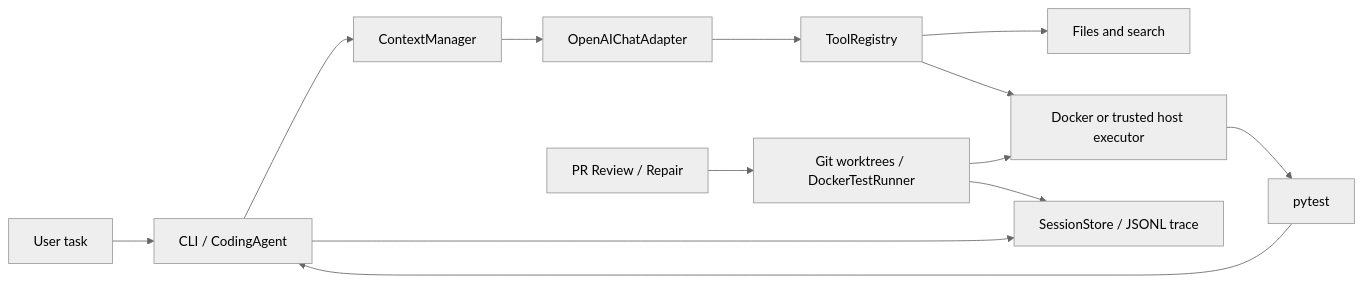
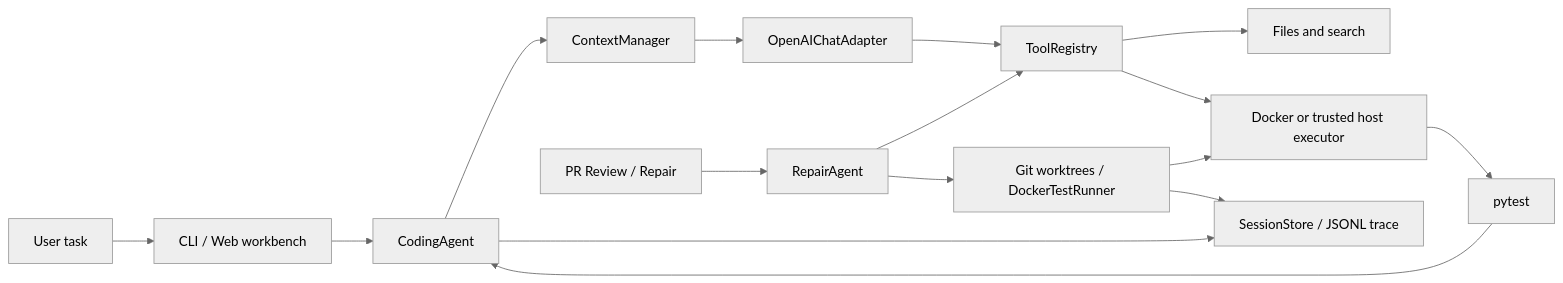
One commit to liuzhouquan/selfforge-agent changed the diagram in README.en.md. Above: the diagram before and after it, drawn with Mermaid (neutral theme). The commit also changed other lines of this file and 17 other files, not shown here.

Commit message:
Add web coding jobs and shared repair edits

````diff
--- a/README.en.md
+++ b/README.en.md
@@ -85,15 +95,18 @@
 ```mermaid
 flowchart LR
-  U[User task] --> CLI[CLI / CodingAgent]
-  CLI --> C[ContextManager]
+  U[User task] --> I[CLI / Web workbench]
+  I --> A[CodingAgent]
+  A --> C[ContextManager]
   C --> M[OpenAIChatAdapter]
   M --> T[ToolRegistry]
   T --> F[Files and search]
   T --> X[Docker or trusted host executor]
   X --> P[pytest]
-  CLI --> S[SessionStore / JSONL trace]
-  P --> CLI
-  PR[PR Review / Repair] --> E[Git worktrees / DockerTestRunner]
+  A --> S[SessionStore / JSONL trace]
+  P --> A
+  PR[PR Review / Repair] --> R[RepairAgent]
+  R --> T
+  R --> E[Git worktrees / DockerTestRunner]
   E --> X
   E --> S
 ```
````
